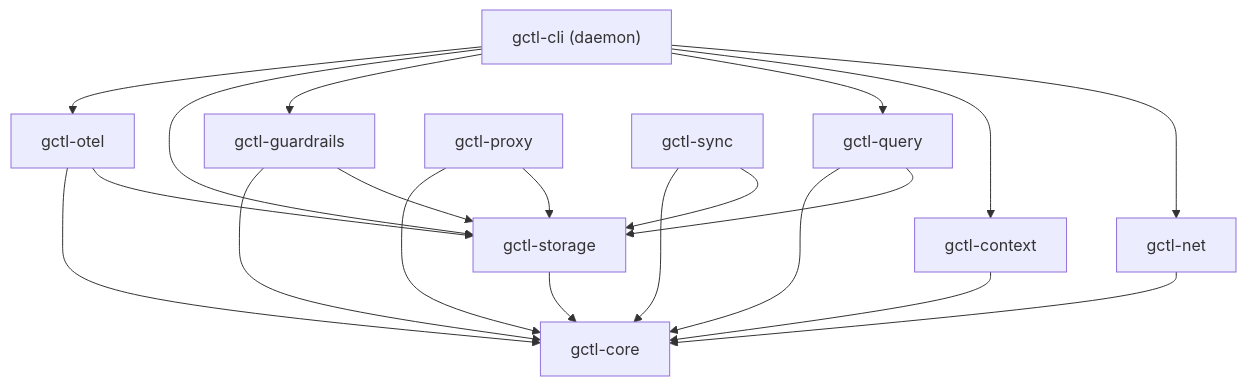
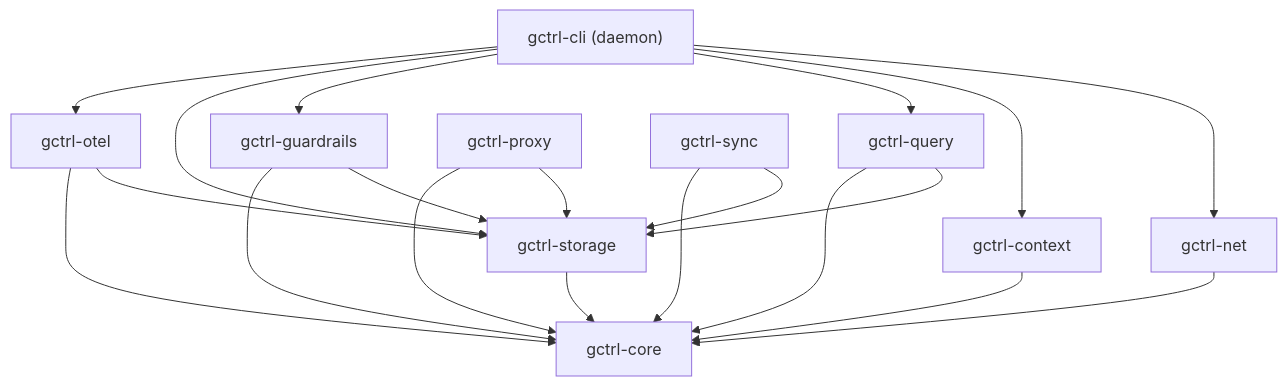
The diagram in specs/implementation/kernel/components.md (OpenHackersClub/gctrl), drawn with Mermaid before and after one commit. The commit also changed other lines of this file and 360 other files, not shown here.

First line of the commit message:
refactor: rename brand gctl → gctrl across repo

````diff
--- a/specs/implementation/kernel/components.md
+++ b/specs/implementation/kernel/components.md
@@ -24,22 +24,22 @@
 ```mermaid
 graph TD
-    Daemon["gctl-cli (daemon)"] --> OTel
+    Daemon["gctrl-cli (daemon)"] --> OTel
     Daemon --> Storage
     Daemon --> Guardrails
     Daemon --> Query
     Daemon --> Context
     Daemon --> Net
-    OTel["gctl-otel"] --> Core["gctl-core"]
-    OTel --> Storage["gctl-storage"]
+    OTel["gctrl-otel"] --> Core["gctrl-core"]
+    OTel --> Storage["gctrl-storage"]
     Storage --> Core
-    Query["gctl-query"] --> Core
+    Query["gctrl-query"] --> Core
     Query --> Storage
-    Guardrails["gctl-guardrails"] --> Core
+    Guardrails["gctrl-guardrails"] --> Core
     Guardrails --> Storage
-    Context["gctl-context"] --> Core
-    Net["gctl-net"] --> Core
-    Proxy["gctl-proxy"] --> Core
+    Context["gctrl-context"] --> Core
+    Net["gctrl-net"] --> Core
+    Proxy["gctrl-proxy"] --> Core
     Proxy --> Storage
-    SyncCrate["gctl-sync"] --> Core
+    SyncCrate["gctrl-sync"] --> Core
     SyncCrate --> Storage
 ```
````
